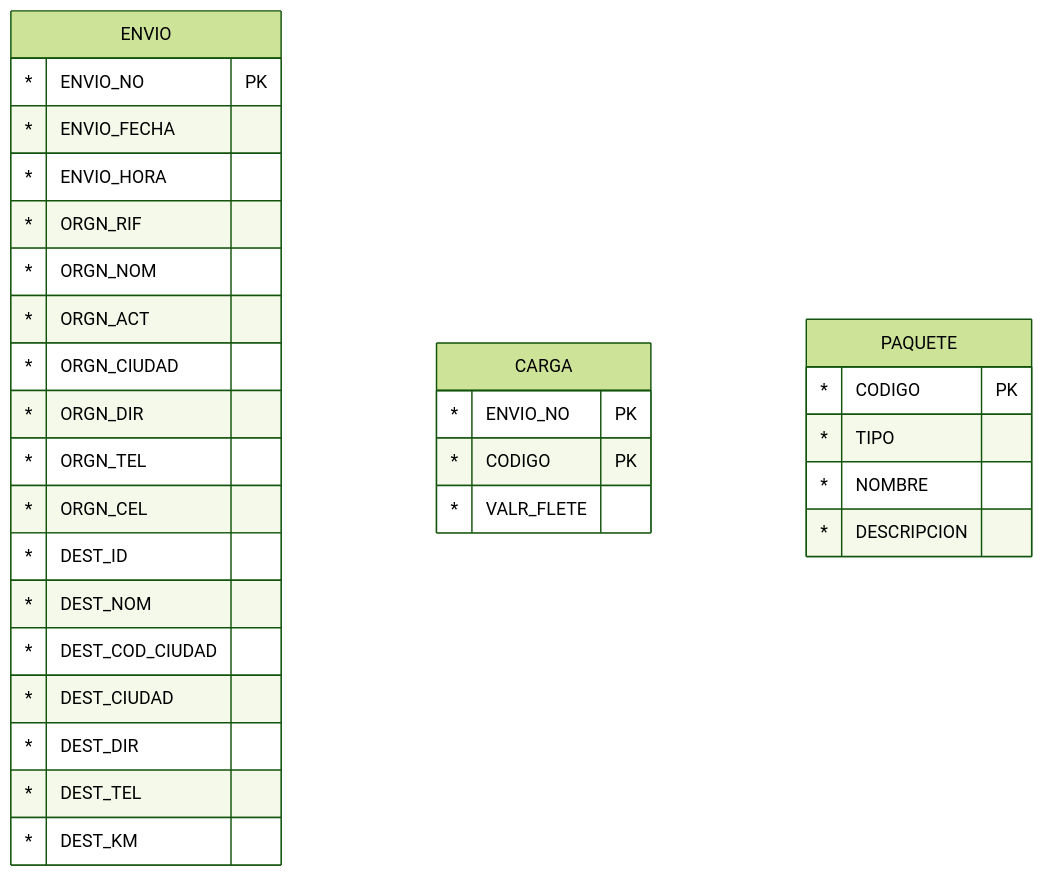
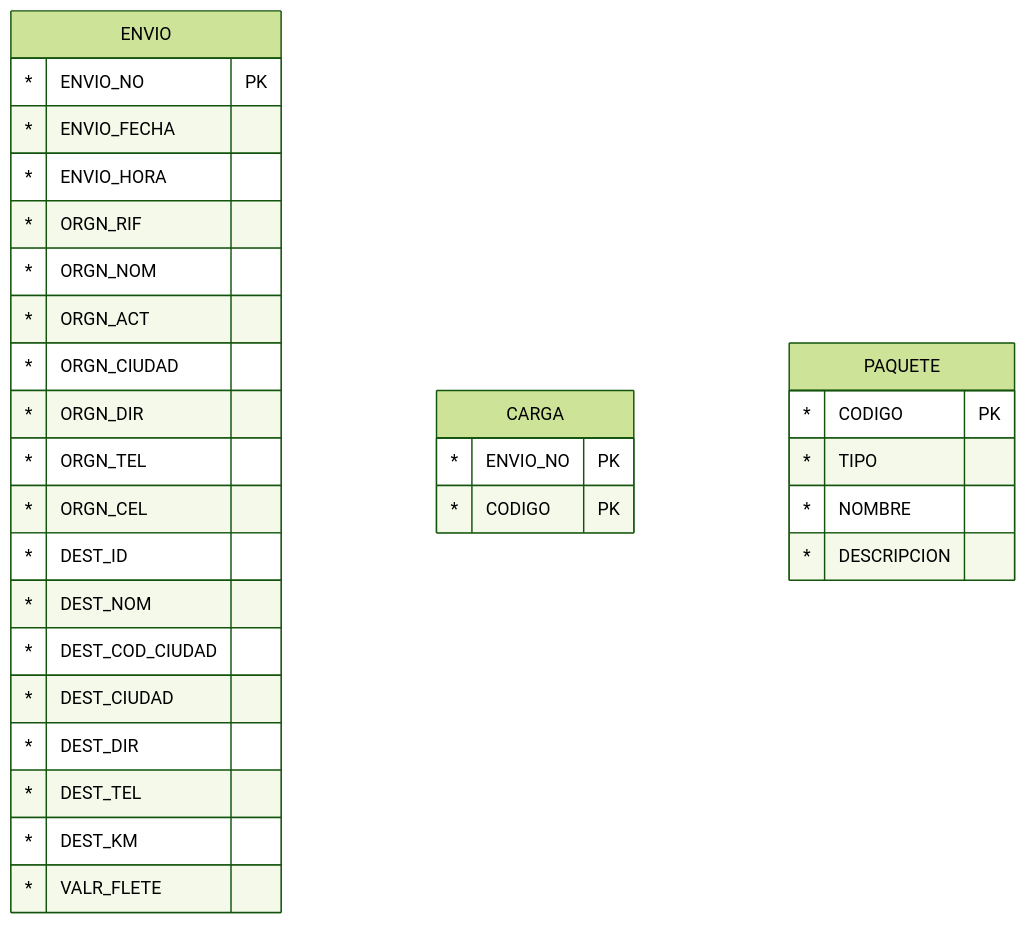
Before and after one commit to ppandomail/data: the third of 4 diagrams in materias/base-datos/tps/TP-normalizacion.md, drawn with Mermaid (forest theme). The commit also changed other lines of this file and 12 other files, not shown here.

````diff
--- a/materias/base-datos/tps/TP-normalizacion.md
+++ b/materias/base-datos/tps/TP-normalizacion.md
@@ -63,35 +64,35 @@
 ```mermaid
 erDiagram
     ENVIO {
         * ENVIO_NO PK
         * ENVIO_FECHA
         * ENVIO_HORA
         * ORGN_RIF
         * ORGN_NOM
         * ORGN_ACT
         * ORGN_CIUDAD
         * ORGN_DIR
         * ORGN_TEL
         * ORGN_CEL
         * DEST_ID
         * DEST_NOM
         * DEST_COD_CIUDAD
         * DEST_CIUDAD
         * DEST_DIR
         * DEST_TEL
         * DEST_KM 
+        * VALR_FLETE 
     }
 
     CARGA {
         * ENVIO_NO PK
         * CODIGO PK
-        * VALR_FLETE 
     }
 
     PAQUETE {
         * CODIGO PK
         * TIPO
         * NOMBRE
         * DESCRIPCION
     }
 ```
````
